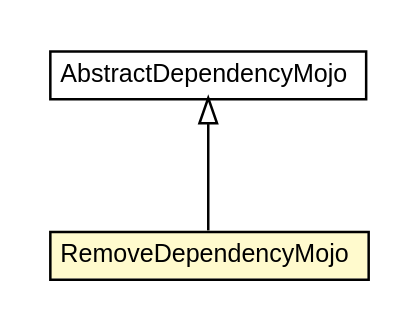
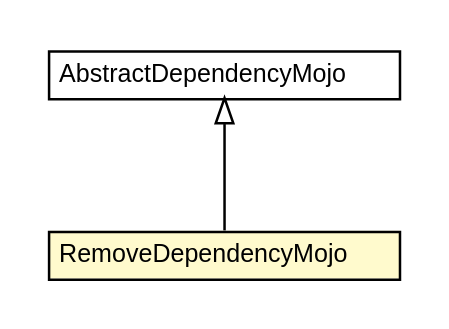
One commit to fastconnect/tibco-factory changed the diagram in bw-maven-plugin/apidocs/fr/fastconnect/factory/tibco/bw/maven/source/RemoveDependencyMojo.dot. Above: the diagram before and after it, drawn with Graphviz. The commit also changed 380 other files, not shown here.

```diff
--- a/bw-maven-plugin/apidocs/fr/fastconnect/factory/tibco/bw/maven/source/RemoveDependencyMojo.dot
+++ b/bw-maven-plugin/apidocs/fr/fastconnect/factory/tibco/bw/maven/source/RemoveDependencyMojo.dot
@@ -1,26 +1,26 @@
 #!/usr/local/bin/dot
 #
 # Class diagram 
 # Generated by UMLGraph version R5_6-24-gf6e263 (http://www.umlgraph.org/)
 #
 
 digraph G {
-	edge [fontname="arial",fontsize=10,labelfontname="arial",labelfontsize=10];
-	node [fontname="arial",fontsize=10,shape=plaintext];
+	edge [fontname="Helvetica",fontsize=10,labelfontname="Helvetica",labelfontsize=10];
+	node [fontname="Helvetica",fontsize=10,shape=plaintext];
 	nodesep=0.25;
 	ranksep=0.5;
 	// fr.fastconnect.factory.tibco.bw.maven.source.RemoveDependencyMojo
-	c3650 [label=<<table title="fr.fastconnect.factory.tibco.bw.maven.source.RemoveDependencyMojo" border="0" cellborder="1" cellspacing="0" cellpadding="2" port="p" bgcolor="lemonChiffon" href="./RemoveDependencyMojo.html">
+	c3854 [label=<<table title="fr.fastconnect.factory.tibco.bw.maven.source.RemoveDependencyMojo" border="0" cellborder="1" cellspacing="0" cellpadding="2" port="p" bgcolor="lemonChiffon" href="./RemoveDependencyMojo.html">
 		<tr><td><table border="0" cellspacing="0" cellpadding="1">
 <tr><td align="center" balign="center"> RemoveDependencyMojo </td></tr>
 		</table></td></tr>
-		</table>>, URL="./RemoveDependencyMojo.html", fontname="arial", fontcolor="black", fontsize=10.0];
+		</table>>, URL="./RemoveDependencyMojo.html", fontname="Helvetica", fontcolor="black", fontsize=10.0];
 	// fr.fastconnect.factory.tibco.bw.maven.source.AbstractDependencyMojo
-	c3664 [label=<<table title="fr.fastconnect.factory.tibco.bw.maven.source.AbstractDependencyMojo" border="0" cellborder="1" cellspacing="0" cellpadding="2" port="p" href="./AbstractDependencyMojo.html">
+	c3868 [label=<<table title="fr.fastconnect.factory.tibco.bw.maven.source.AbstractDependencyMojo" border="0" cellborder="1" cellspacing="0" cellpadding="2" port="p" href="./AbstractDependencyMojo.html">
 		<tr><td><table border="0" cellspacing="0" cellpadding="1">
 <tr><td align="center" balign="center"> AbstractDependencyMojo </td></tr>
 		</table></td></tr>
-		</table>>, URL="./AbstractDependencyMojo.html", fontname="arial", fontcolor="black", fontsize=10.0];
+		</table>>, URL="./AbstractDependencyMojo.html", fontname="Helvetica", fontcolor="black", fontsize=10.0];
 	//fr.fastconnect.factory.tibco.bw.maven.source.RemoveDependencyMojo extends fr.fastconnect.factory.tibco.bw.maven.source.AbstractDependencyMojo
-	c3664:p -> c3650:p [dir=back,arrowtail=empty];
+	c3868:p -> c3854:p [dir=back,arrowtail=empty];
 }
```
